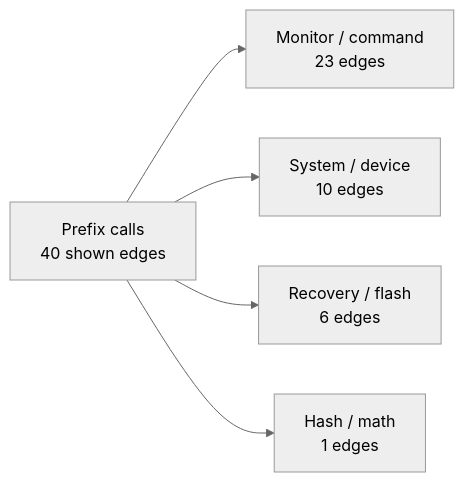
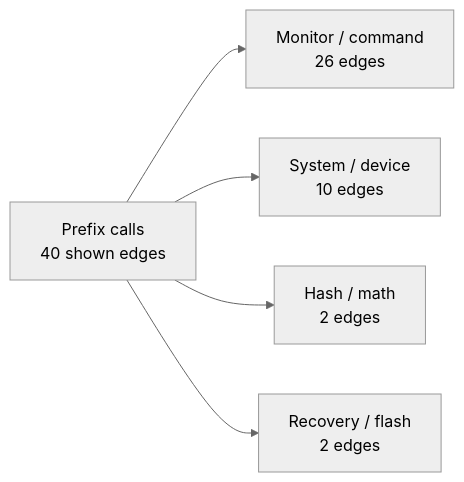
One commit to 95westus/R-YORS changed the first of 7 diagrams in DOC/GENERATED/ROUTINE_CLASS_DIAGRAM.md. Above: the diagram before and after it, drawn with Mermaid (neutral theme). The commit also changed other lines of this file and 65 other files, not shown here.

````diff
--- a/DOC/GENERATED/ROUTINE_CLASS_DIAGRAM.md
+++ b/DOC/GENERATED/ROUTINE_CLASS_DIAGRAM.md
@@ -14,7 +14,7 @@
 ```mermaid
 flowchart LR
-    MAP_ROOT_PREFIX_CALLS["Prefix calls<br/>40 shown edges"] --> MAP_FAMILY_MONITOR___COMMAND["Monitor / command<br/>23 edges"]
+    MAP_ROOT_PREFIX_CALLS["Prefix calls<br/>40 shown edges"] --> MAP_FAMILY_MONITOR___COMMAND["Monitor / command<br/>26 edges"]
     MAP_ROOT_PREFIX_CALLS["Prefix calls<br/>40 shown edges"] --> MAP_FAMILY_SYSTEM___DEVICE["System / device<br/>10 edges"]
-    MAP_ROOT_PREFIX_CALLS["Prefix calls<br/>40 shown edges"] --> MAP_FAMILY_RECOVERY___FLASH["Recovery / flash<br/>6 edges"]
-    MAP_ROOT_PREFIX_CALLS["Prefix calls<br/>40 shown edges"] --> MAP_FAMILY_HASH___MATH["Hash / math<br/>1 edges"]
+    MAP_ROOT_PREFIX_CALLS["Prefix calls<br/>40 shown edges"] --> MAP_FAMILY_HASH___MATH["Hash / math<br/>2 edges"]
+    MAP_ROOT_PREFIX_CALLS["Prefix calls<br/>40 shown edges"] --> MAP_FAMILY_RECOVERY___FLASH["Recovery / flash<br/>2 edges"]
 ```
````
